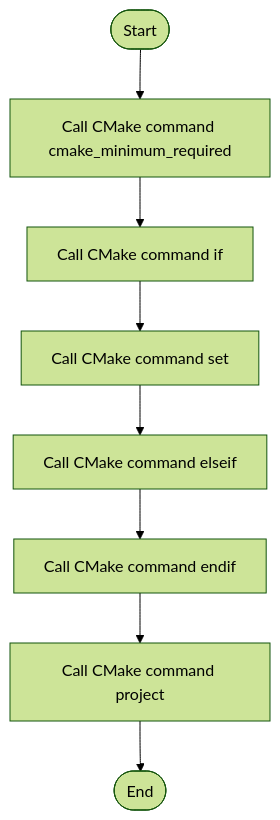
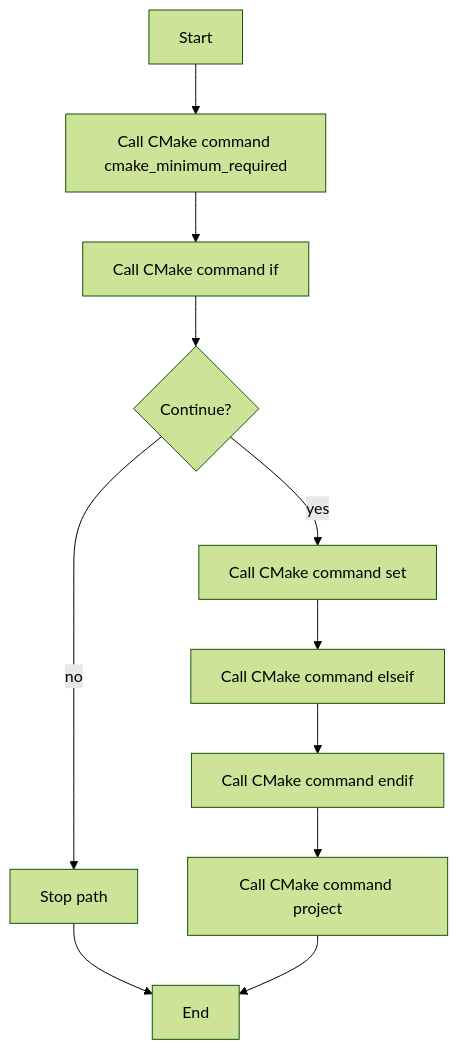
One commit to JohnAndrewBalbarosa/NeoTerritory changed the diagram in docs/Codebase/CMakeLists.txt.md. Above: the diagram before and after it, drawn with Mermaid (forest theme). The commit also changed other lines of this file and 752 other files, not shown here.

````diff
--- a/docs/Codebase/CMakeLists.txt.md
+++ b/docs/Codebase/CMakeLists.txt.md
@@ -37,18 +22,23 @@
 ```mermaid
 flowchart TD
-    Start([Start])
-    N0[Call CMake command cmake_minimum_required]
-    N1[Call CMake command if]
-    N2[Call CMake command set]
-    N3[Call CMake command elseif]
-    N4[Call CMake command endif]
-    N5[Call CMake command project]
-    End([End])
+    Start["Start"]
+    N0["Call CMake command cmake_minimum_required"]
+    N1["Call CMake command if"]
+    D1{"Continue?"}
+    R1["Stop path"]
+    N2["Call CMake command set"]
+    N3["Call CMake command elseif"]
+    N4["Call CMake command endif"]
+    N5["Call CMake command project"]
+    End["End"]
     Start --> N0
     N0 --> N1
-    N1 --> N2
+    N1 --> D1
+    D1 -->|yes| N2
+    D1 -->|no| R1
+    R1 --> End
     N2 --> N3
     N3 --> N4
     N4 --> N5
     N5 --> End
 ```
````
